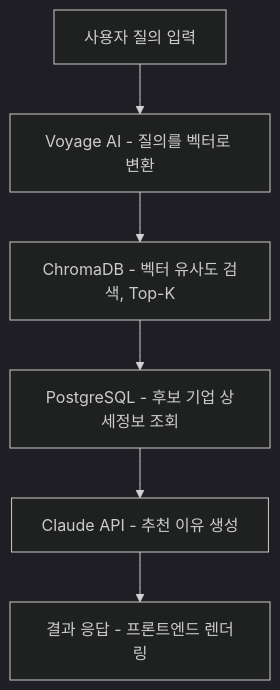
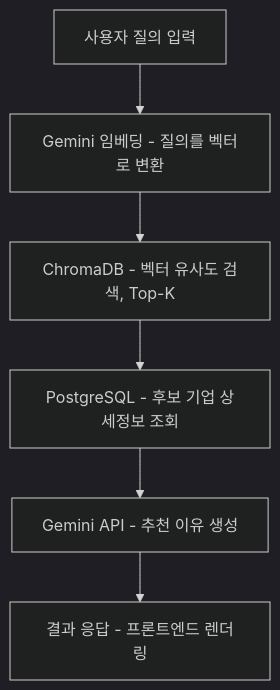
Before and after one commit to ChoiPython/Aihack: the fourth of 4 diagrams in FE/PRD.md, drawn with Mermaid (dark theme). The commit also changed other lines of this file and 7 other files, not shown here.

````diff
--- a/FE/PRD.md
+++ b/FE/PRD.md
@@ -393,8 +418,8 @@
 ```mermaid
 flowchart TD
-    A[사용자 질의 입력] --> B[Voyage AI - 질의를 벡터로 변환]
+    A[사용자 질의 입력] --> B[Gemini 임베딩 - 질의를 벡터로 변환]
     B --> C[ChromaDB - 벡터 유사도 검색, Top-K]
     C --> D[PostgreSQL - 후보 기업 상세정보 조회]
-    D --> E[Claude API - 추천 이유 생성]
+    D --> E[Gemini API - 추천 이유 생성]
     E --> F[결과 응답 - 프론트엔드 렌더링]
 ```
````
